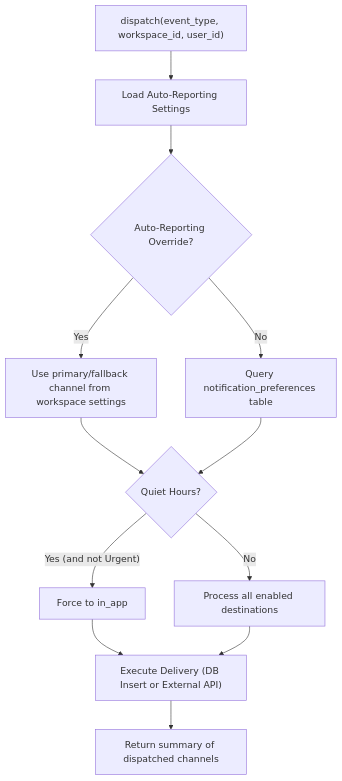
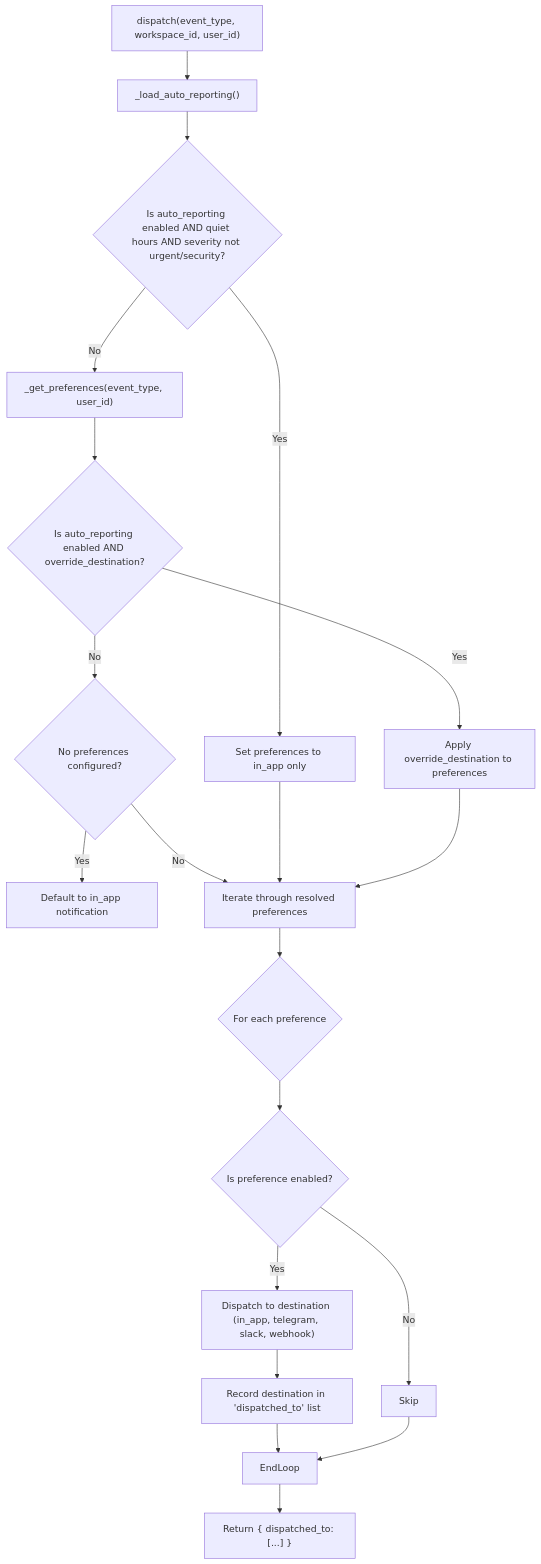
The second of 2 diagrams in docs/unified-notification-system/notification-api-settings.md (AutomatosAI/automatos-ai), drawn with Mermaid before and after one commit. The commit also changed other lines of this file and 191 other files, not shown here.

````diff
--- a/docs/unified-notification-system/notification-api-settings.md
+++ b/docs/unified-notification-system/notification-api-settings.md
@@ -128,14 +166,23 @@
 ```mermaid
 flowchart TD
-    Start["dispatch(event_type, workspace_id, user_id)"] --> LoadAR["Load Auto-Reporting Settings"]
-    LoadAR --> CheckAR{"Auto-Reporting Override?"}
-    CheckAR -- "Yes" --> ApplyAR["Use primary/fallback channel from workspace settings"]
-    CheckAR -- "No" --> GetPrefs["Query notification_preferences table"]
-    ApplyAR --> QuietCheck{"Quiet Hours?"}
-    GetPrefs --> QuietCheck
-    QuietCheck -- "Yes (and not Urgent)" --> FunnelInApp["Force to in_app"]
-    QuietCheck -- "No" --> ProcessRows["Process all enabled destinations"]
-    FunnelInApp --> Execute["Execute Delivery (DB Insert or External API)"]
-    ProcessRows --> Execute
-    Execute --> End["Return summary of dispatched channels"]
+    Start["dispatch(event_type, workspace_id, user_id)"] --> LoadAutoReporting["_load_auto_reporting()"]
+    LoadAutoReporting --> CheckQuietHours{"Is auto_reporting enabled AND quiet hours AND severity not urgent/security?"}
+    CheckQuietHours -- "Yes" --> ForceInApp["Set preferences to in_app only"]
+    CheckQuietHours -- "No" --> GetPreferences["_get_preferences(event_type, user_id)"]
+    GetPreferences --> CheckOverride{"Is auto_reporting enabled AND override_destination?"}
+    CheckOverride -- "Yes" --> ApplyOverride["Apply override_destination to preferences"]
+    CheckOverride -- "No" --> CheckEmptyPrefs{"No preferences configured?"}
+    CheckEmptyPrefs -- "Yes" --> DefaultInApp["Default to in_app notification"]
+    CheckEmptyPrefs -- "No" --> IteratePrefs["Iterate through resolved preferences"]
+    ForceInApp --> IteratePrefs
+    ApplyOverride --> IteratePrefs
+
+    IteratePrefs --> Pref{"For each preference"}
+    Pref --> CheckEnabled{"Is preference enabled?"}
+    CheckEnabled -- "Yes" --> DispatchToDest["Dispatch to destination (in_app, telegram, slack, webhook)"]
+    CheckEnabled -- "No" --> Skip["Skip"]
+    DispatchToDest --> RecordDispatched["Record destination in 'dispatched_to' list"]
+    RecordDispatched --> EndLoop
+    Skip --> EndLoop
+    EndLoop --> Return["Return { dispatched_to: [...] }"]
 ```
````
